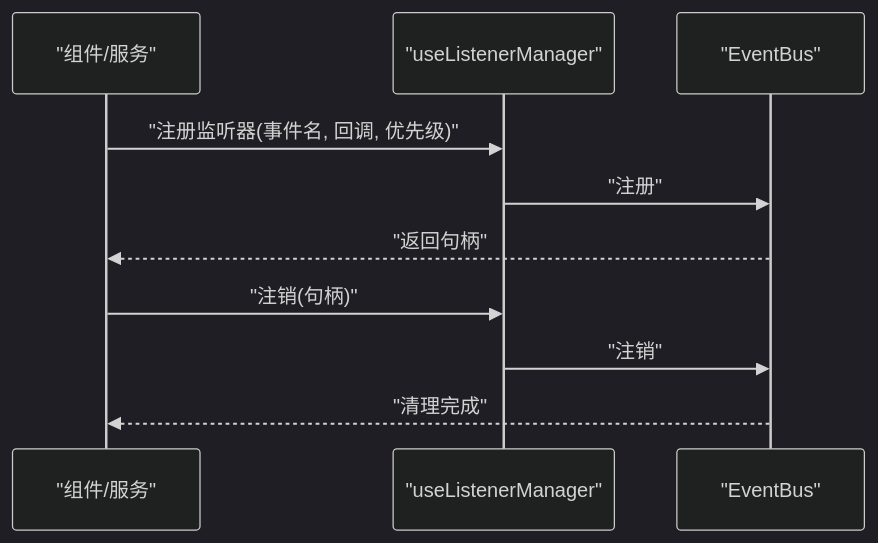
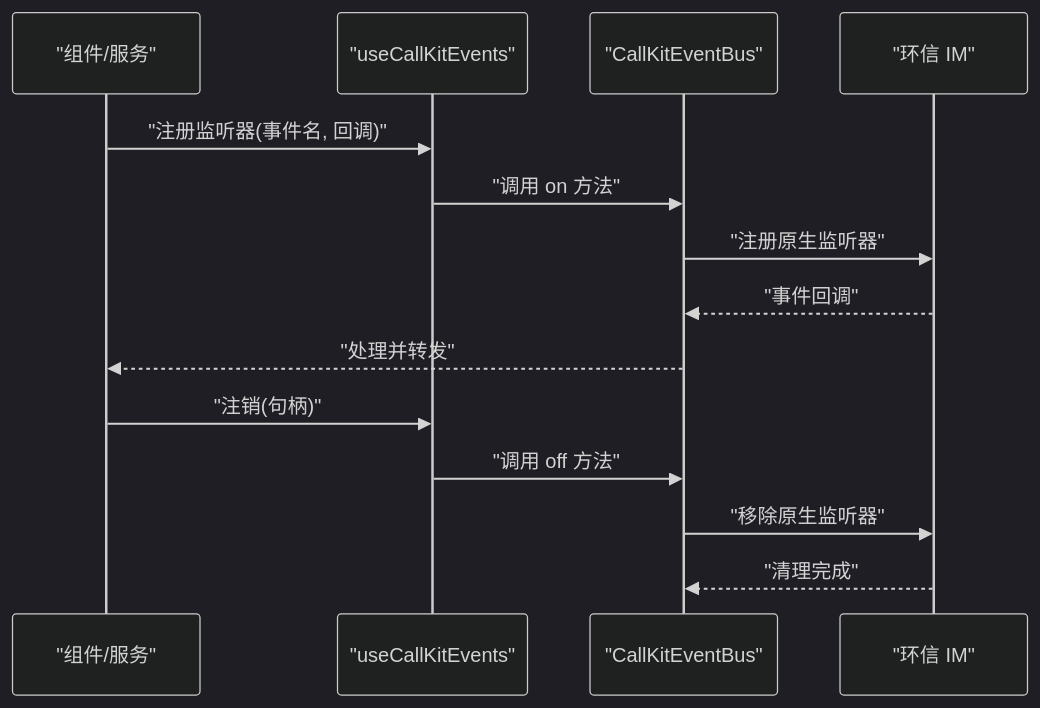
The seventh of 8 diagrams in .qoder/repowiki/zh/content/高级功能/事件监听管理.md (Easemob-Community/easemob-uikit-callkit-vue3), drawn with Mermaid (dark theme) before and after one commit. The commit also changed other lines of this file and 40 other files, not shown here.

````diff
--- a/.qoder/repowiki/zh/content/高级功能/事件监听管理.md
+++ b/.qoder/repowiki/zh/content/高级功能/事件监听管理.md
@@ -231,12 +314,16 @@
 ```mermaid
 sequenceDiagram
 participant Comp as "组件/服务"
-participant LMAN as "useListenerManager"
-participant BUS as "EventBus"
-Comp->>LMAN : "注册监听器(事件名, 回调, 优先级)"
-LMAN->>BUS : "注册"
-BUS-->>Comp : "返回句柄"
-Comp->>LMAN : "注销(句柄)"
-LMAN->>BUS : "注销"
-BUS-->>Comp : "清理完成"
+participant UEVT as "useCallKitEvents"
+participant BUS as "CallKitEventBus"
+participant IM as "环信 IM"
+Comp->>UEVT : "注册监听器(事件名, 回调)"
+UEVT->>BUS : "调用 on 方法"
+BUS->>IM : "注册原生监听器"
+IM-->>BUS : "事件回调"
+BUS-->>Comp : "处理并转发"
+Comp->>UEVT : "注销(句柄)"
+UEVT->>BUS : "调用 off 方法"
+BUS->>IM : "移除原生监听器"
+IM-->>BUS : "清理完成"
 ```
````
